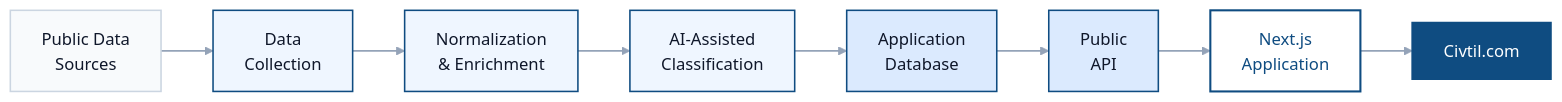
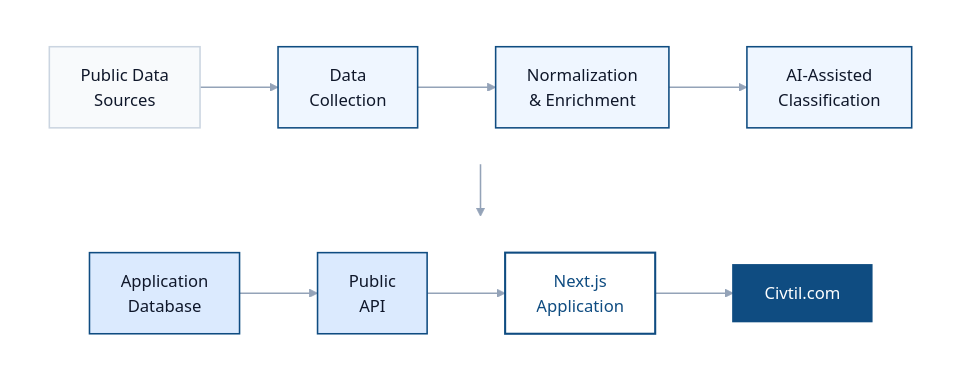
Before and after one commit to dworrels/civtil-case-study: the diagram in README.md, drawn with Mermaid. The commit also changed other lines of this file, not shown here.

Commit message:
Refactor architecture diagram in README.md

````diff
--- a/README.md
+++ b/README.md
@@ -63,21 +63,36 @@
 ```mermaid
-flowchart LR
-    A["Public Data<br/>Sources"]:::external
-    B["Data<br/>Collection"]:::processing
-    C["Normalization<br/>& Enrichment"]:::processing
-    D["AI-Assisted<br/>Classification"]:::processing
-    E["Application<br/>Database"]:::platform
-    F["Public<br/>API"]:::platform
-    G["Next.js<br/>Application"]:::application
-    H["Civtil.com"]:::brand
+flowchart TB
 
-    A --> B --> C --> D --> E --> F --> G --> H
+    subgraph ROW1[" "]
+        direction LR
+        A["Public Data<br/>Sources"]:::external
+        B["Data<br/>Collection"]:::processing
+        C["Normalization<br/>& Enrichment"]:::processing
+        D["AI-Assisted<br/>Classification"]:::processing
+
+        A --> B --> C --> D
+    end
+
+    subgraph ROW2[" "]
+        direction LR
+        E["Application<br/>Database"]:::platform
+        F["Public<br/>API"]:::platform
+        G["Next.js<br/>Application"]:::application
+        H["Civtil.com"]:::brand
+
+        E --> F --> G --> H
+    end
+
+    D --> E
 
     classDef external fill:#F8FAFC,stroke:#CBD5E1,color:#0F172A,stroke-width:1.5px;
     classDef processing fill:#EFF6FF,stroke:#0F4C81,color:#0F172A,stroke-width:1.5px;
     classDef platform fill:#DBEAFE,stroke:#0F4C81,color:#0F172A,stroke-width:1.5px;
     classDef application fill:#FFFFFF,stroke:#0F4C81,color:#0F4C81,stroke-width:2px;
     classDef brand fill:#0F4C81,stroke:#0F4C81,color:#FFFFFF,stroke-width:2px;
 
+    style ROW1 fill:none,stroke:none
+    style ROW2 fill:none,stroke:none
+
     linkStyle default stroke:#94A3B8,stroke-width:1.5px;
 ```
````
